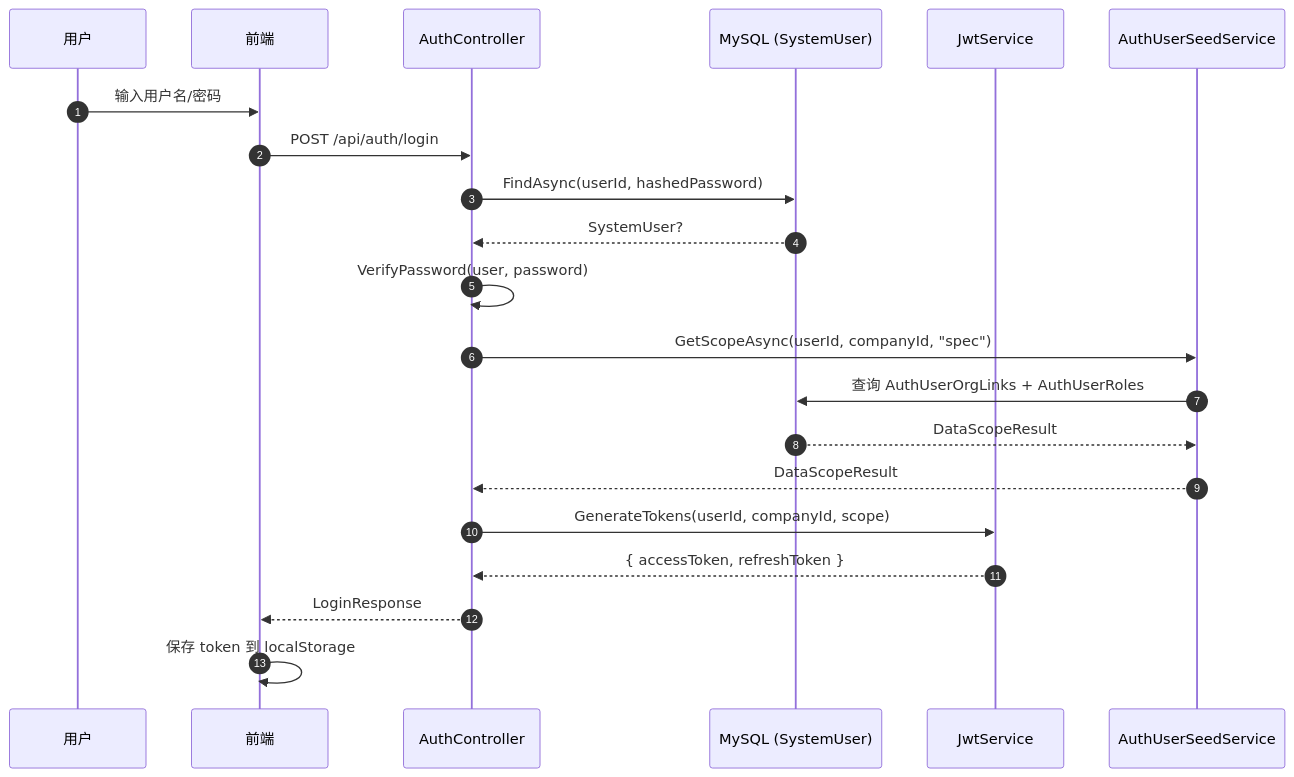
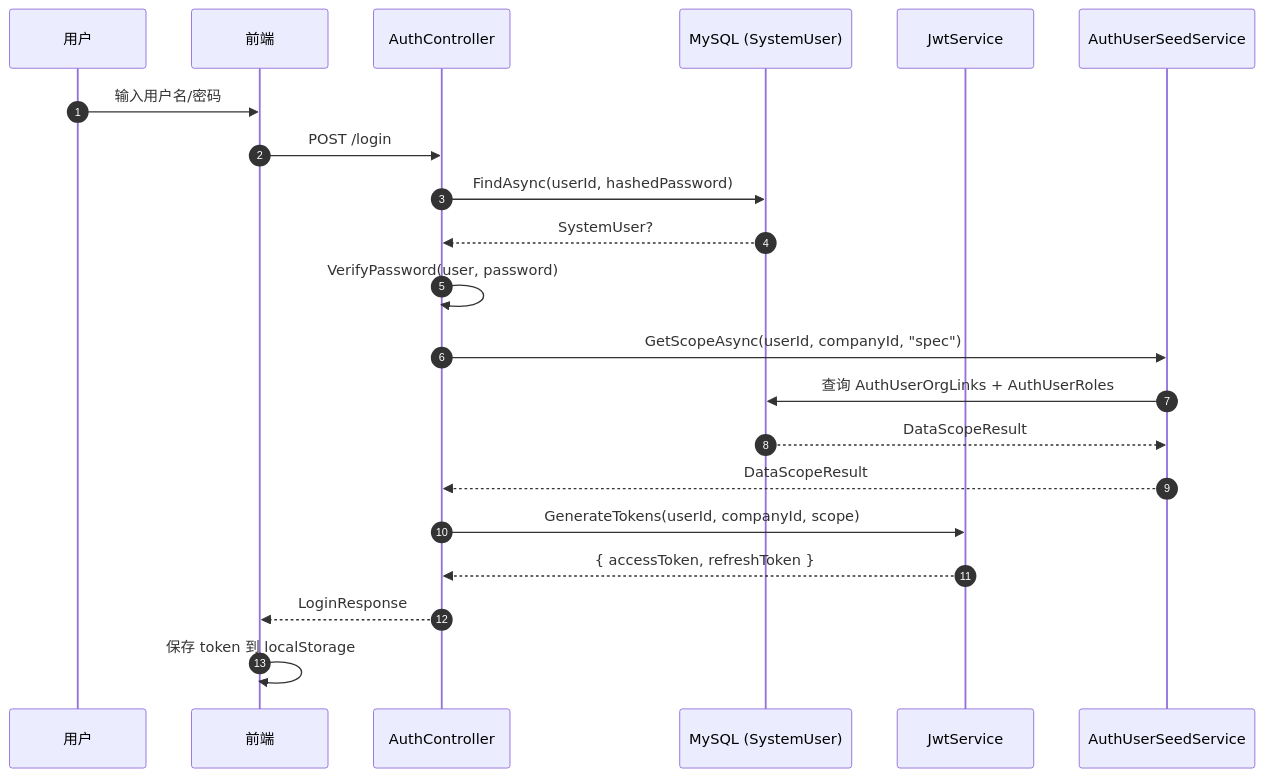
One commit to xiaocaiisxiaocai/AcceptanceSpecRecognition changed the eighth of 12 diagrams in docs/diagrams.md. Above: the diagram before and after it, drawn with Mermaid. The commit also changed other lines of this file and 9 other files, not shown here.

````diff
--- a/docs/diagrams.md
+++ b/docs/diagrams.md
@@ -231,24 +231,24 @@
 ```mermaid
 sequenceDiagram
     autonumber
     participant User as 用户
     participant FE as 前端
     participant Auth as AuthController
     participant DB as MySQL (SystemUser)
     participant JWTSvc as JwtService
     participant Seed as AuthUserSeedService
 
     User->>FE: 输入用户名/密码
-    FE->>Auth: POST /api/auth/login
+    FE->>Auth: POST /login
     Auth->>DB: FindAsync(userId, hashedPassword)
     DB-->>Auth: SystemUser?
     Auth->>Auth: VerifyPassword(user, password)
     Auth->>Seed: GetScopeAsync(userId, companyId, "spec")
     Seed->>DB: 查询 AuthUserOrgLinks + AuthUserRoles
     DB-->>Seed: DataScopeResult
     Seed-->>Auth: DataScopeResult
     Auth->>JWTSvc: GenerateTokens(userId, companyId, scope)
     JWTSvc-->>Auth: { accessToken, refreshToken }
     Auth-->>FE: LoginResponse
     FE->>FE: 保存 token 到 localStorage
 ```
````
